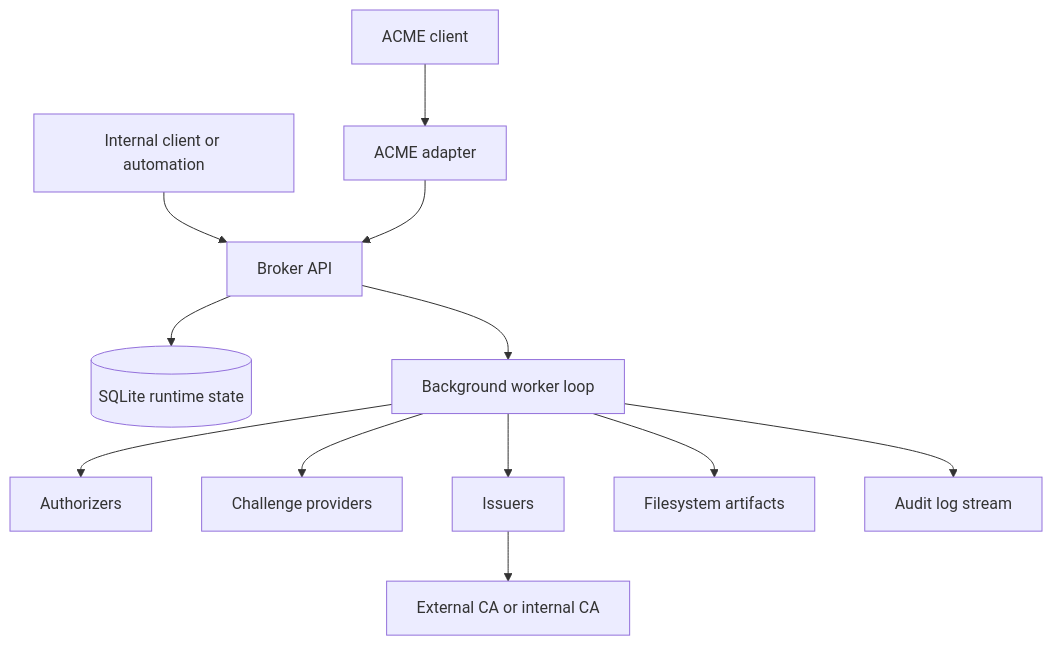
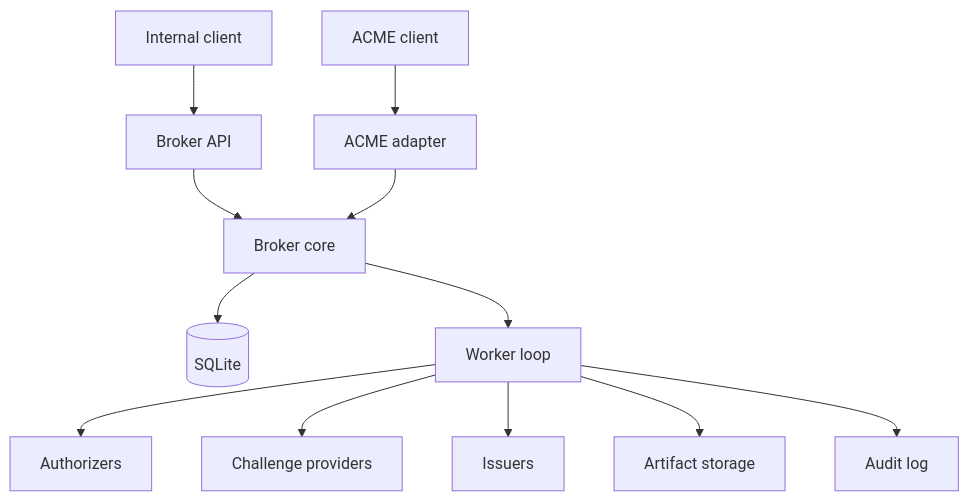
One commit to rohzb/acmed changed the first of 2 diagrams in architecture.md. Above: the diagram before and after it, drawn with Mermaid. The commit also changed other lines of this file and 8 other files, not shown here.

````diff
--- a/architecture.md
+++ b/architecture.md
@@ -88,14 +82,14 @@
 ```mermaid
 graph TD
-  Client[Internal client or automation] --> BrokerAPI[Broker API]
+  Client[Internal client] --> BrokerAPI[Broker API]
   ACMEClient[ACME client] --> ACME[ACME adapter]
-  ACME --> BrokerAPI
-  BrokerAPI --> DB[(SQLite runtime state)]
-  BrokerAPI --> Worker[Background worker loop]
+  BrokerAPI --> Core[Broker core]
+  ACME --> Core
+  Core --> DB[(SQLite)]
+  Core --> Worker[Worker loop]
   Worker --> Authorizers[Authorizers]
   Worker --> Challenges[Challenge providers]
   Worker --> Issuers[Issuers]
-  Worker --> Artifacts[Filesystem artifacts]
-  Worker --> Audit[Audit log stream]
-  Issuers --> CA[External CA or internal CA]
+  Worker --> Artifacts[Artifact storage]
+  Worker --> Audit[Audit log]
 ```
````
